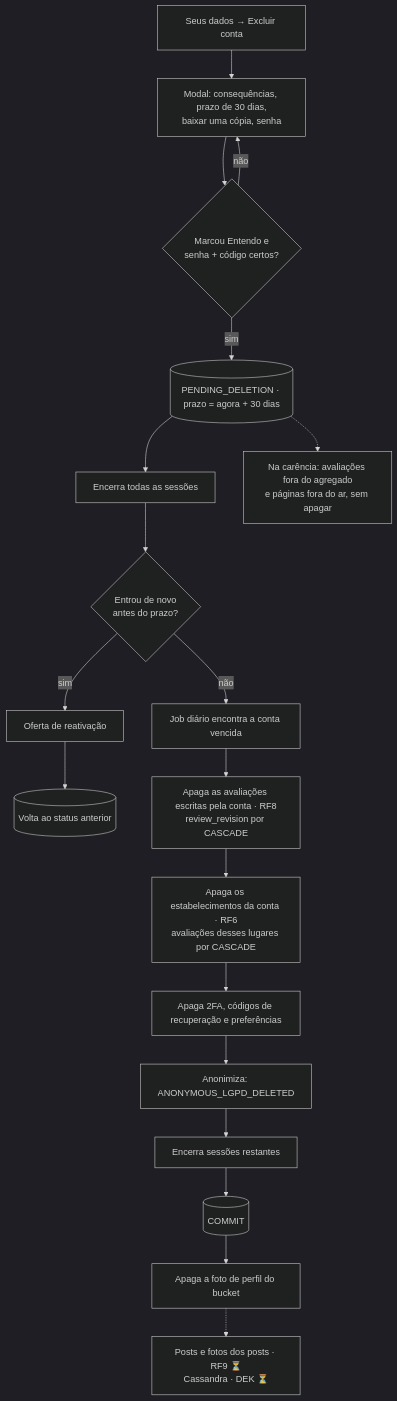
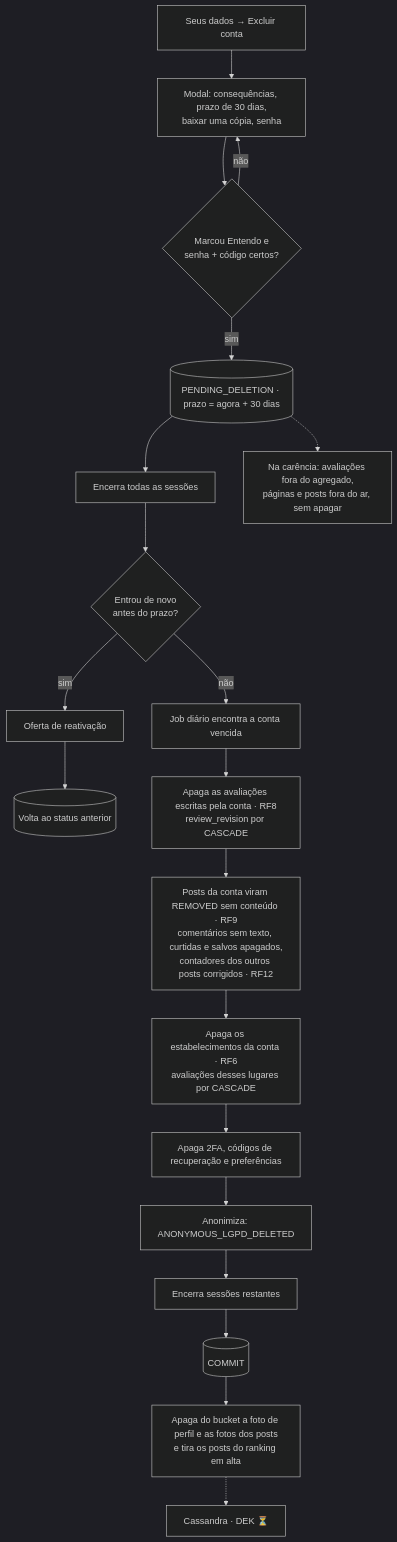
Before and after one commit to MatheusHaliski/Friendly-Eats: the diagram in docs/RF5/atividades.md, drawn with Mermaid (dark theme). The commit also changed 94 other files, not shown here.

First line of the commit message:
Posts: publicar (RF9), interações (RF12), feed e "em alta" (RF14) e perfis (RF15)

````diff
--- a/docs/RF5/atividades.md
+++ b/docs/RF5/atividades.md
@@ -3,20 +3,22 @@
 ```mermaid
 flowchart TD
     A[Seus dados → Excluir conta] --> M[Modal: consequências, prazo de 30 dias,<br/>baixar uma cópia, senha]
     M --> C{Marcou Entendo e<br/>senha + código certos?}
     C -- não --> M
     C -- sim --> P[(PENDING_DELETION · prazo = agora + 30 dias)]
     P --> S[Encerra todas as sessões]
     S --> W{Entrou de novo<br/>antes do prazo?}
     W -- sim --> R[Oferta de reativação] --> RA[(Volta ao status anterior)]
     W -- não --> J[Job diário encontra a conta vencida]
     J --> E0[Apaga as avaliações escritas pela conta · RF8<br/>review_revision por CASCADE]
-    E0 --> EE[Apaga os estabelecimentos da conta · RF6<br/>avaliações desses lugares por CASCADE]
+    EE[Apaga os estabelecimentos da conta · RF6<br/>avaliações desses lugares por CASCADE]
+    E0 --> PO[Posts da conta viram REMOVED sem conteúdo · RF9<br/>comentários sem texto, curtidas e salvos apagados,<br/>contadores dos outros posts corrigidos · RF12]
+    PO --> EE
     EE --> E1[Apaga 2FA, códigos de recuperação e preferências]
     E1 --> E2[Anonimiza: ANONYMOUS_LGPD_DELETED]
     E2 --> E3[Encerra sessões restantes]
     E3 --> CM[(COMMIT)]
-    CM --> E4[Apaga a foto de perfil do bucket]
-    E4 -.-> E5[Posts e fotos dos posts · RF9 ⏳<br/>Cassandra · DEK ⏳]
-    P -.-> H[Na carência: avaliações fora do agregado<br/>e páginas fora do ar, sem apagar]
+    CM --> E4[Apaga do bucket a foto de perfil e as fotos dos posts<br/>e tira os posts do ranking em alta]
+    E4 -.-> E5[Cassandra · DEK ⏳]
+    P -.-> H[Na carência: avaliações fora do agregado,<br/>páginas e posts fora do ar, sem apagar]
 ```
````
